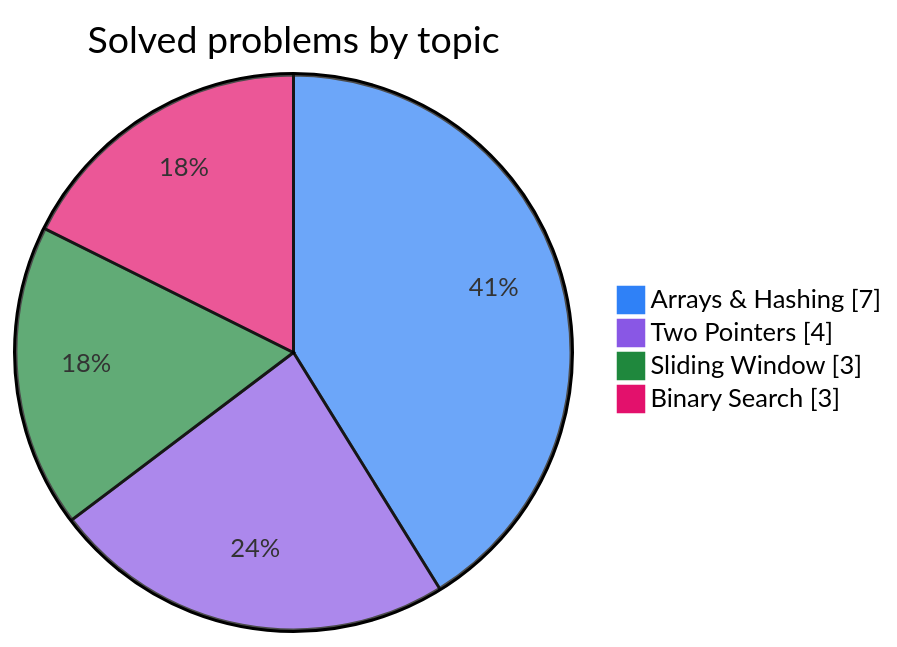
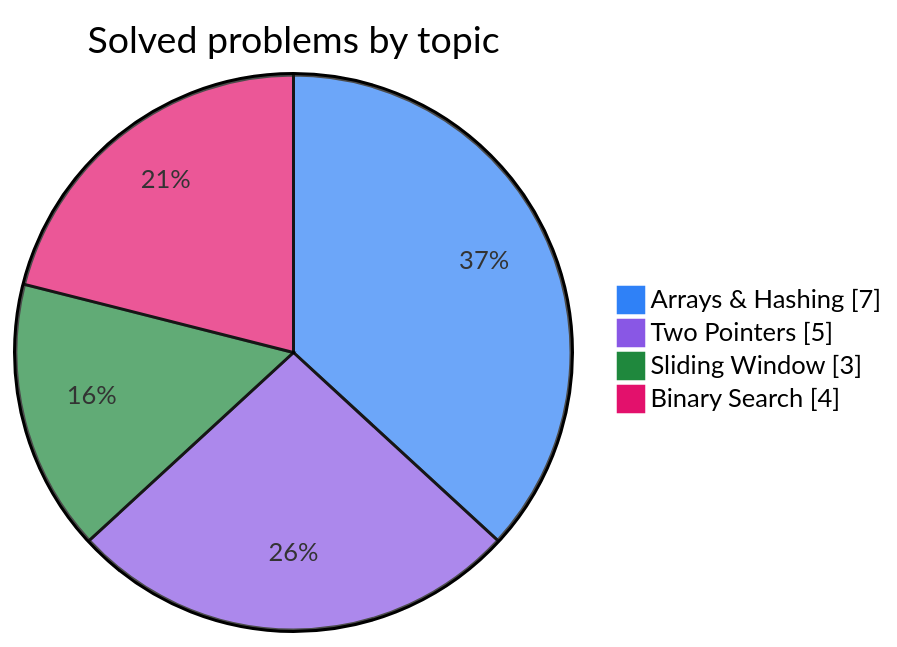
The first of 2 diagrams in README.md (sombreror/leetcode), drawn with Mermaid before and after one commit. The commit also changed other lines of this file, not shown here.

````diff
--- a/README.md
+++ b/README.md
@@ -40,8 +40,8 @@
 ```mermaid
 %%{init: {"themeVariables": {"pie1": "#2f81f7", "pie2": "#8957e5", "pie3": "#1f883d", "pie4": "#e3116c", "pieOuterStrokeWidth": "2px"}}}%%
 pie showData title Solved problems by topic
     "Arrays & Hashing" : 7
-    "Two Pointers" : 4
+    "Two Pointers" : 5
     "Sliding Window" : 3
-    "Binary Search" : 3
+    "Binary Search" : 4
 ```
````
